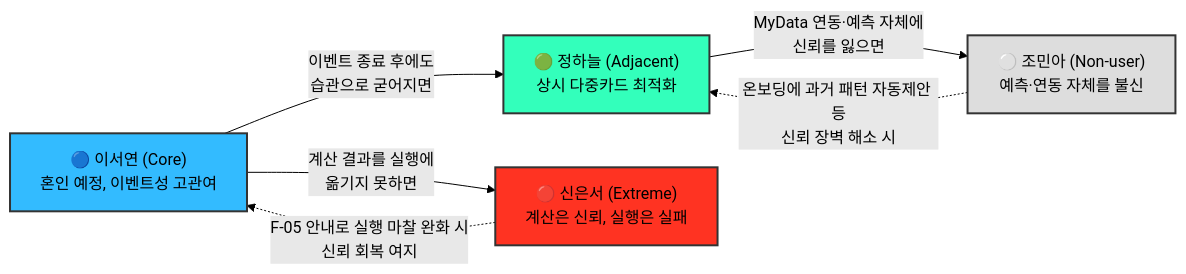
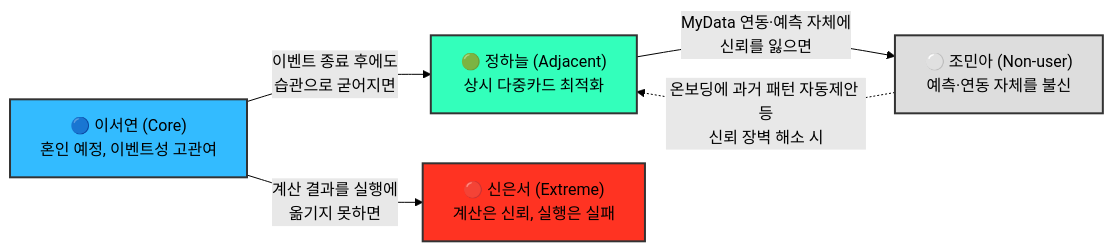
The diagram in 가람/0819/페르소나.md (jennie-brain/team-project_2nd), drawn with Mermaid (forest theme) before and after one commit. The commit also changed other lines of this file and 6 other files, not shown here.

````diff
--- a/가람/0819/페르소나.md
+++ b/가람/0819/페르소나.md
@@ -11,22 +11,21 @@
 ```mermaid
 flowchart LR
     Core["🔵 이서연 (Core)
     혼인 예정, 이벤트성 고관여"]
     Adj["🟢 정하늘 (Adjacent)
     상시 다중카드 최적화"]
     Ext["🔴 신은서 (Extreme)
     계산은 신뢰, 실행은 실패"]
     Non["⚪ 조민아 (Non-user)
     예측·연동 자체를 불신"]
 
     Core -->|"이벤트 종료 후에도<br/>습관으로 굳어지면"| Adj
     Core -->|"계산 결과를 실행에<br/>옮기지 못하면"| Ext
     Adj -->|"MyData 연동·예측 자체에<br/>신뢰를 잃으면"| Non
-    Ext -.->|"F-05 안내로 실행 마찰 완화 시<br/>신뢰 회복 여지"| Core
     Non -.->|"온보딩에 과거 패턴 자동제안 등<br/>신뢰 장벽 해소 시"| Adj
 
     style Core fill:#33BBFF,stroke:#333,stroke-width:2px
     style Adj fill:#33FFBB,stroke:#333,stroke-width:2px
     style Ext fill:#FF3322,stroke:#333,stroke-width:2px
     style Non fill:#DDDDDD,stroke:#333,stroke-width:2px
 ```
````
